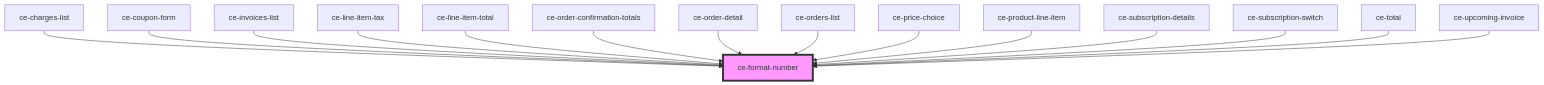
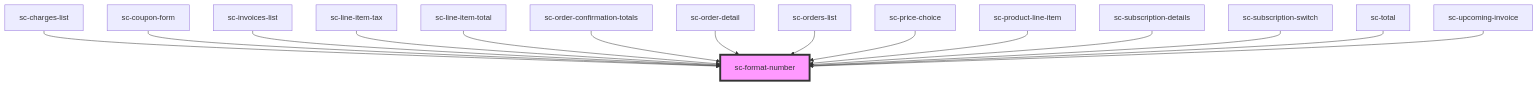
Before and after one commit to surecart/surecart-wp-plugin: the diagram in packages/components/src/components/util/format-number/readme.md, drawn with Mermaid. The commit also changed other lines of this file and 1281 other files, not shown here.

````diff
--- a/packages/components/src/components/util/format-number/readme.md
+++ b/packages/components/src/components/util/format-number/readme.md
@@ -46,18 +46,18 @@
 ```mermaid
 graph TD;
-  ce-charges-list --> ce-format-number
-  ce-coupon-form --> ce-format-number
-  ce-invoices-list --> ce-format-number
-  ce-line-item-tax --> ce-format-number
-  ce-line-item-total --> ce-format-number
-  ce-order-confirmation-totals --> ce-format-number
-  ce-order-detail --> ce-format-number
-  ce-orders-list --> ce-format-number
-  ce-price-choice --> ce-format-number
-  ce-product-line-item --> ce-format-number
-  ce-subscription-details --> ce-format-number
-  ce-subscription-switch --> ce-format-number
-  ce-total --> ce-format-number
-  ce-upcoming-invoice --> ce-format-number
-  style ce-format-number fill:#f9f,stroke:#333,stroke-width:4px
+  sc-charges-list --> sc-format-number
+  sc-coupon-form --> sc-format-number
+  sc-invoices-list --> sc-format-number
+  sc-line-item-tax --> sc-format-number
+  sc-line-item-total --> sc-format-number
+  sc-order-confirmation-totals --> sc-format-number
+  sc-order-detail --> sc-format-number
+  sc-orders-list --> sc-format-number
+  sc-price-choice --> sc-format-number
+  sc-product-line-item --> sc-format-number
+  sc-subscription-details --> sc-format-number
+  sc-subscription-switch --> sc-format-number
+  sc-total --> sc-format-number
+  sc-upcoming-invoice --> sc-format-number
+  style sc-format-number fill:#f9f,stroke:#333,stroke-width:4px
 ```
````
